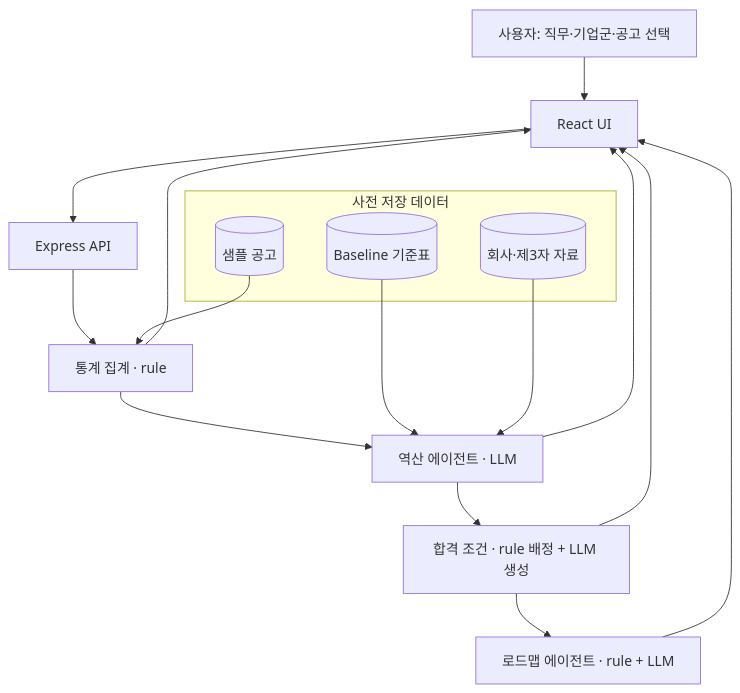
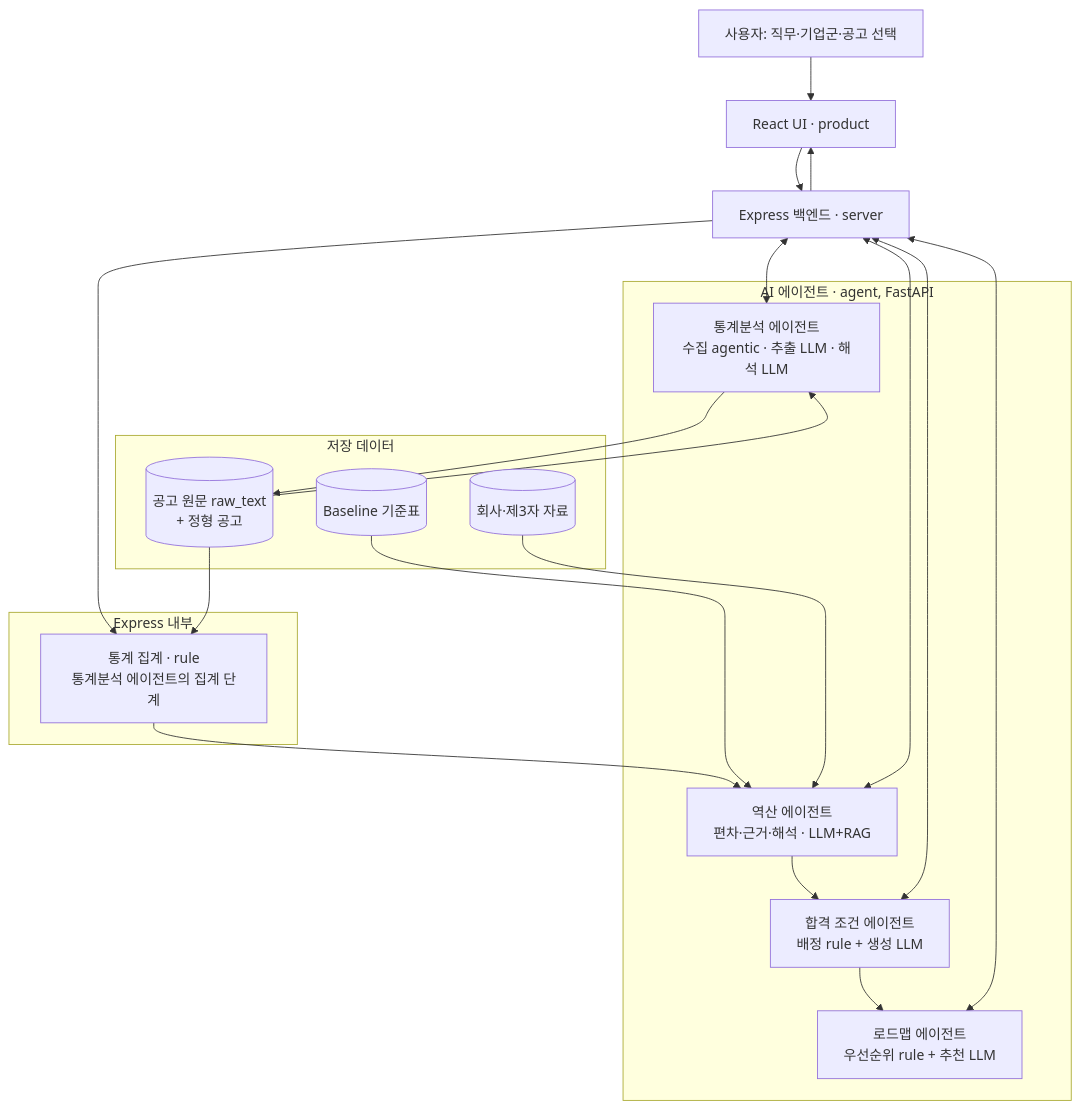
Before and after one commit to Mureung1/hub-showcase: the second of 3 diagrams in docs/architecture.md, drawn with Mermaid. The commit also changed other lines of this file and 3 other files, not shown here.

Commit message:
docs: rewrite architecture in declarative spec style with agent structure

````diff
--- a/docs/architecture.md
+++ b/docs/architecture.md
@@ -34,21 +45,33 @@
 ```mermaid
 flowchart TD
-    U[사용자: 직무·기업군·공고 선택] --> UI[React UI]
-    UI --> API[Express API]
-    subgraph 사전 저장 데이터
-      POST[(샘플 공고)]
+    U[사용자: 직무·기업군·공고 선택] --> UI[React UI · product]
+    UI --> API[Express 백엔드 · server]
+    subgraph BE[Express 내부]
+      AGG[통계 집계 · rule<br/>통계분석 에이전트의 집계 단계]
+    end
+    subgraph AG[AI 에이전트 · agent, FastAPI]
+      EXT[통계분석 에이전트<br/>수집 agentic · 추출 LLM · 해석 LLM]
+      REV[역산 에이전트<br/>편차·근거·해석 · LLM+RAG]
+      COND[합격 조건 에이전트<br/>배정 rule + 생성 LLM]
+      ROAD[로드맵 에이전트<br/>우선순위 rule + 추천 LLM]
+    end
+    subgraph DATA[저장 데이터]
+      POST[(공고 원문 raw_text<br/>+ 정형 공고)]
       BASE[(Baseline 기준표)]
       REF[(회사·제3자 자료)]
     end
-    API --> STAT[통계 집계 · rule]
-    POST --> STAT
-    STAT --> REV[역산 에이전트 · LLM]
+    API --> AGG
+    POST --> EXT
+    EXT --> POST
+    POST --> AGG
+    AGG --> REV
     BASE --> REV
     REF --> REV
-    REV --> COND[합격 조건 · rule 배정 + LLM 생성]
-    COND --> ROAD[로드맵 에이전트 · rule + LLM]
-    STAT --> UI
-    REV --> UI
-    COND --> UI
-    ROAD --> UI
+    REV --> COND
+    COND --> ROAD
+    API <--> EXT
+    API <--> REV
+    API <--> COND
+    API <--> ROAD
+    API --> UI
 ```
````
